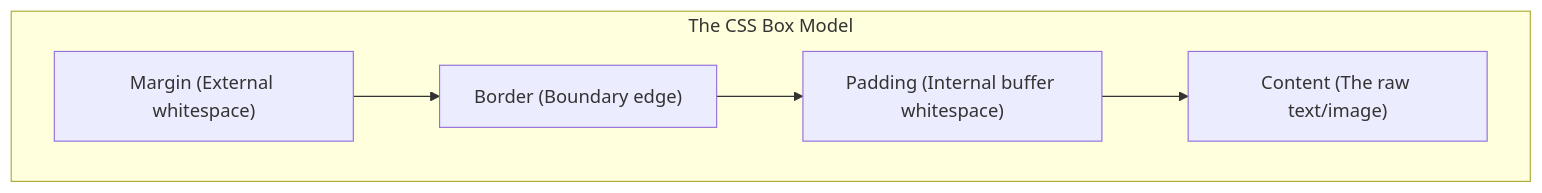
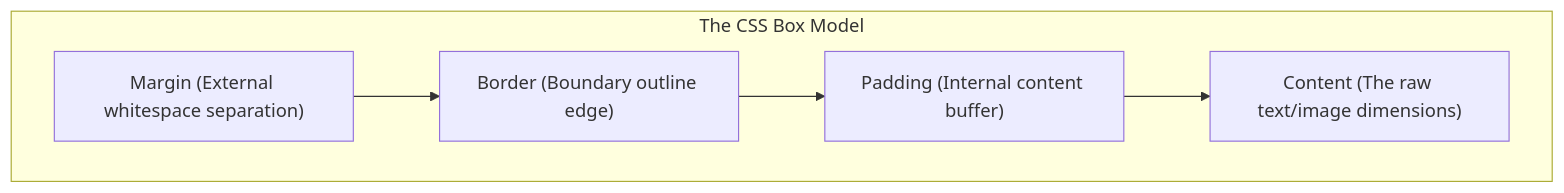
The fourth of 9 diagrams in notes/FSD_Complete_Study_Notes.md (DeepLumiere/DeepSkills), drawn with Mermaid before and after one commit. The commit also changed other lines of this file and 2 other files, not shown here.

````diff
--- a/notes/FSD_Complete_Study_Notes.md
+++ b/notes/FSD_Complete_Study_Notes.md
@@ -758,11 +932,11 @@
 ```mermaid
 flowchart TD
     subgraph BoxModel [The CSS Box Model]
-        margin["Margin (External whitespace)"]
-        border["Border (Boundary edge)"]
-        padding["Padding (Internal buffer whitespace)"]
-        content["Content (The raw text/image)"]
+        margin["Margin (External whitespace separation)"]
+        border["Border (Boundary outline edge)"]
+        padding["Padding (Internal content buffer)"]
+        content["Content (The raw text/image dimensions)"]
 
         margin --> border --> padding --> content
     end
 ```
````
